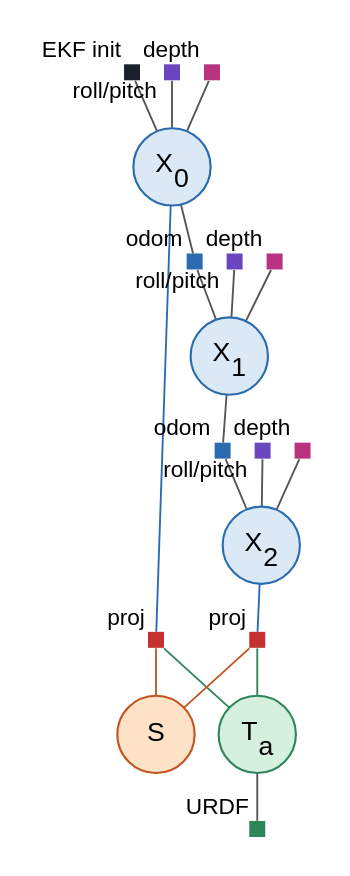
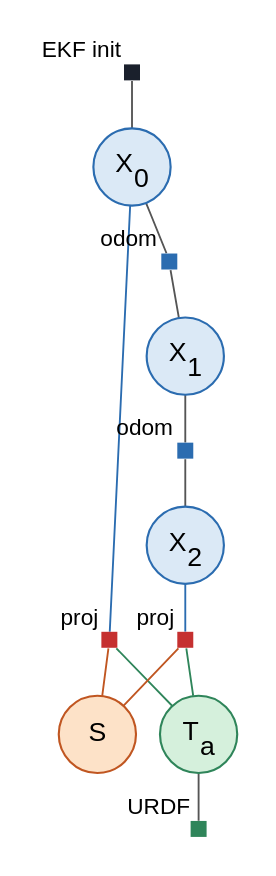
One commit to GSO-soslab/race_auv_factorgraph changed the diagram in docs/dock_fuser_factor_graph.dot. Above: the diagram before and after it, drawn with Graphviz. The commit also changed 75 other files, not shown here.

```diff
--- a/docs/dock_fuser_factor_graph.dot
+++ b/docs/dock_fuser_factor_graph.dot
@@ -1,53 +1,47 @@
 // Factor graph example for DOCK_FUSER_PIPELINE.md (§5).
 // Render:  neato -n2 -Tsvg dock_fuser_factor_graph.dot -o dock_fuser_factor_graph.svg
 //
 // Scenario: one tag, three keyframes. X0 and X2 see tag a; X1 is a
-// fixed-tick keyframe with no tag in view.
+// detector message with no tag in view.
 // Positions are in points (72 per inch) and pinned (neato -n2).
 
 graph factor_graph {
   graph [bgcolor="white", pad="0.3", splines=false, outputorder="edgesfirst", size="5.5,10"];  // size: display width in inches (fits ~74% of an A4 text column)
   node  [fontname="Helvetica", fontsize=20];
   edge  [color="#555555", penwidth=1.4];
 
   // ---------------- Variables (circles) ----------------
   node [shape=circle, width=0.8, fixedsize=true, style=filled, penwidth=1.6];
   X0 [label=<X<sub>0</sub>>, pos="100,240", fillcolor="#dbe9f6", color="#2b6cb0"];
   X1 [label=<X<sub>1</sub>>, pos="300,240", fillcolor="#dbe9f6", color="#2b6cb0"];
   X2 [label=<X<sub>2</sub>>, pos="500,240", fillcolor="#dbe9f6", color="#2b6cb0"];
   S  [label="S",             pos="300,105", fillcolor="#fde2c8", color="#c05621"];
   Ta [label=<T<sub>a</sub>>, pos="300,30",  fillcolor="#d5f0dc", color="#2f855a"];
 
   // ---------------- Factors (small squares) ----------------
   node [shape=square, width=0.17, fixedsize=true, style=filled, label="", penwidth=0, fontsize=17];
 
   // EKF init prior: X0 = E0, the EKF pose when the graph starts (first keyframe only)
   g0  [pos="5,240",  fillcolor="#1a202c", xlabel="EKF init"];
 
   // Odometry (relative pose between consecutive keyframes)
   o01 [pos="200,240", fillcolor="#2b6cb0", xlabel="odom"];
   o12 [pos="400,240", fillcolor="#2b6cb0", xlabel="odom"];
 
-  // Roll/pitch and depth priors from the EKF, every keyframe
-  a0 [pos="55,300",  fillcolor="#6b46c1", xlabel="roll/pitch"];  d0 [pos="145,300", fillcolor="#b83280", xlabel="depth"];
-  a1 [pos="255,300", fillcolor="#6b46c1", xlabel="roll/pitch"];  d1 [pos="345,300", fillcolor="#b83280", xlabel="depth"];
-  a2 [pos="455,300", fillcolor="#6b46c1", xlabel="roll/pitch"];  d2 [pos="545,300", fillcolor="#b83280", xlabel="depth"];
-
   // Tag projection (ternary: X_k, S, T_a), one per tag observation
   p0 [pos="100,165", fillcolor="#c53030", xlabel="proj"];
   p2 [pos="500,165", fillcolor="#c53030", xlabel="proj"];
 
   // Tag URDF prior: T_a at its station-URDF pose, sigma = mounting tolerance
   ma [pos="380,30", fillcolor="#2f855a", xlabel="URDF"];
 
   // ---------------- Edges ----------------
   g0 -- X0;
   X0 -- o01 -- X1;  X1 -- o12 -- X2;
-  a0 -- X0; d0 -- X0;  a1 -- X1; d1 -- X1;  a2 -- X2; d2 -- X2;
 
   // projection factors: keyframe edge (blue), station edge (orange), tag edge (green)
   X0 -- p0 [color="#2b6cb0"];  p0 -- S [color="#c05621"];  p0 -- Ta [color="#2f855a"];
   X2 -- p2 [color="#2b6cb0"];  p2 -- S [color="#c05621"];  p2 -- Ta [color="#2f855a"];
 
   Ta -- ma;
 }
```
